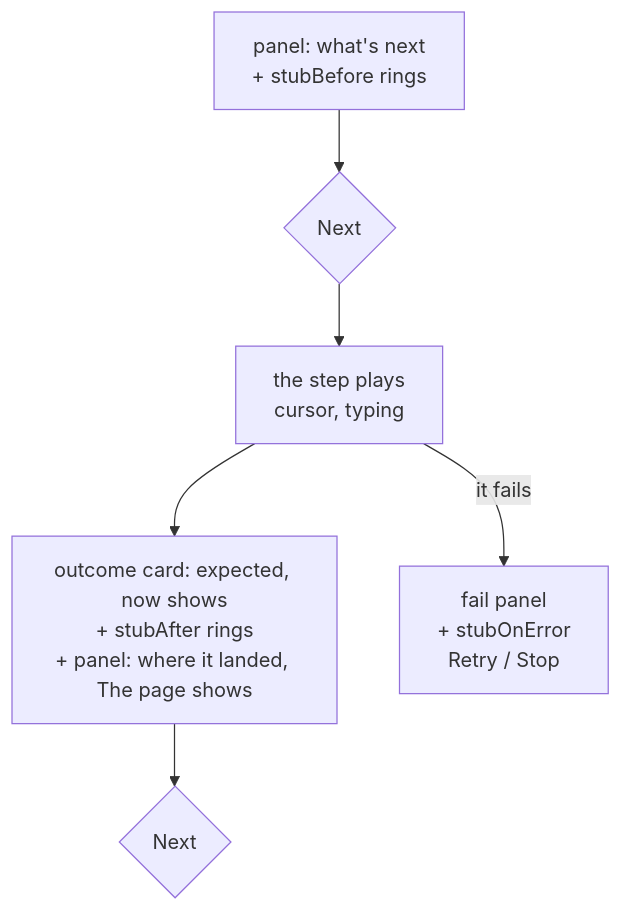
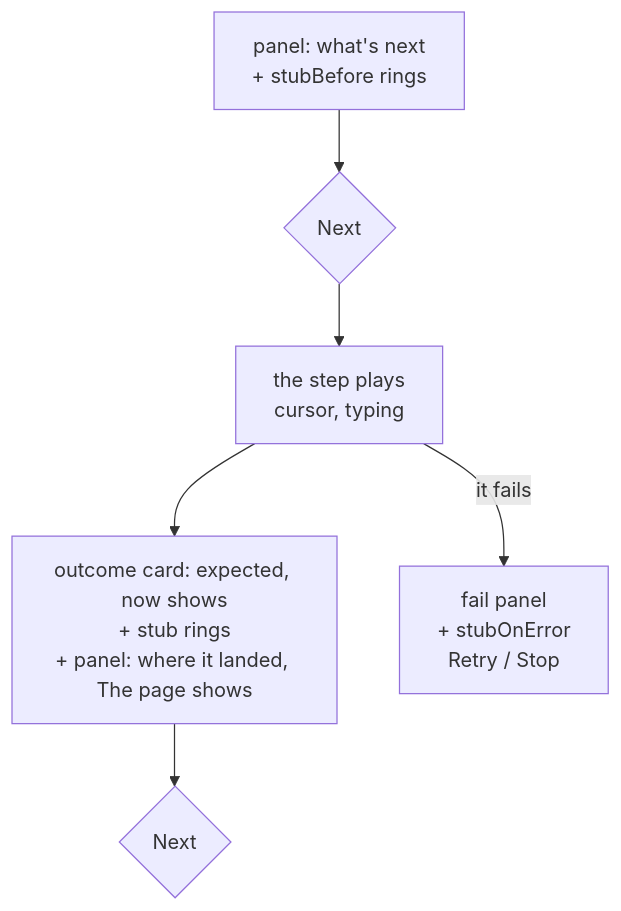
One commit to deviate-dv8/waygraph changed the diagram in docs/guides/demo.md. Above: the diagram before and after it, drawn with Mermaid. The commit also changed other lines of this file and 39 other files, not shown here.

Commit message:
Block.stub replaces .stubAfter (narration after the step lands); .stubBefore and .stubOnError stay; upgrade --codemod stub

````diff
--- a/docs/guides/demo.md
+++ b/docs/guides/demo.md
@@ -14,8 +14,8 @@
 ```mermaid
 graph TD
   B[panel: what's next<br/>+ stubBefore rings] --> N{Next}
   N --> A[the step plays<br/>cursor, typing]
-  A --> AF[outcome card: expected, now shows<br/>+ stubAfter rings<br/>+ panel: where it landed, The page shows]
+  A --> AF[outcome card: expected, now shows<br/>+ stub rings<br/>+ panel: where it landed, The page shows]
   AF --> N2{Next}
   A -->|it fails| E[fail panel<br/>+ stubOnError<br/>Retry / Stop]
 ```
````
